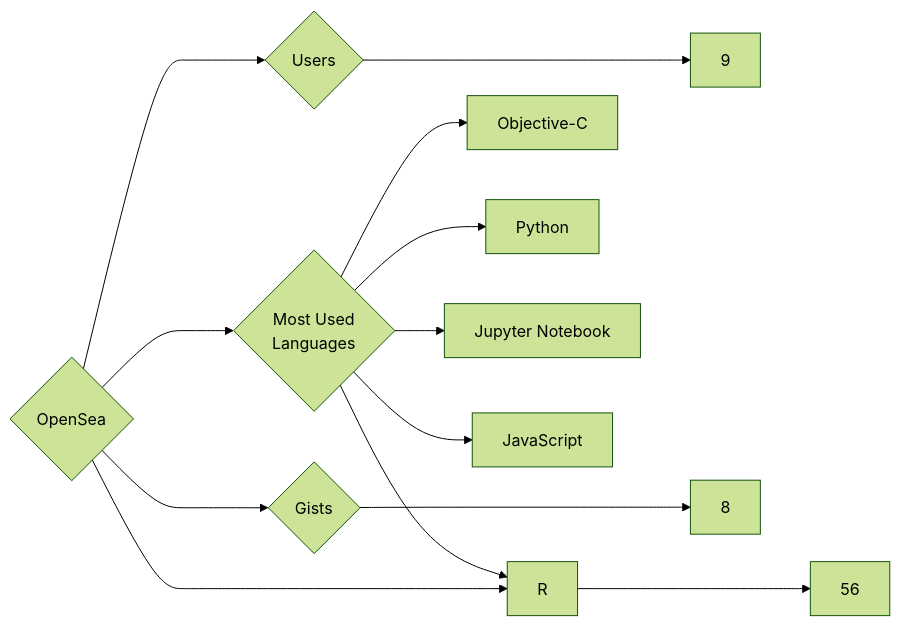
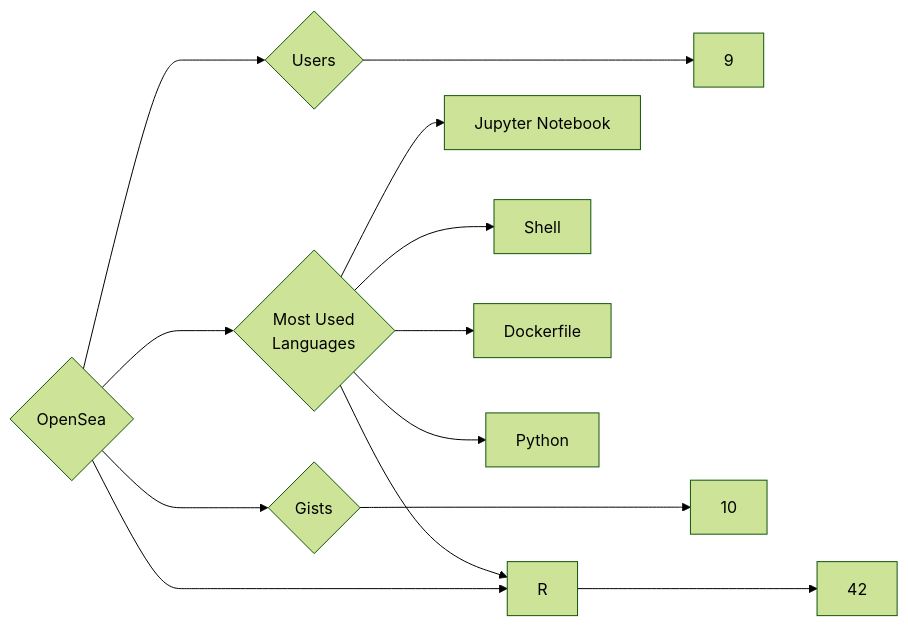
One commit to trickest/insiders changed the diagram in targets/OpenSea/README.md. Above: the diagram before and after it, drawn with Mermaid (forest theme). The commit also changed 1484 other files, not shown here.

````diff
--- a/targets/OpenSea/README.md
+++ b/targets/OpenSea/README.md
@@ -3,13 +3,13 @@
 ```mermaid
 graph LR
 COMPANY_NAME{OpenSea}
 COMPANY_NAME ---> U{Users} ---> UN[9]
-COMPANY_NAME ---> R{Repositories} ---> RN[56]
-COMPANY_NAME ---> G{Gists} ---> GN[8]
+COMPANY_NAME ---> R{Repositories} ---> RN[42]
+COMPANY_NAME ---> G{Gists} ---> GN[10]
 COMPANY_NAME ---> ML{Most Used<br>Languages}
-ML --> Objective-C[Objective-C]
+ML --> Jupyter_Notebook[Jupyter Notebook]
+ML --> Shell[Shell]
+ML --> Dockerfile[Dockerfile]
+ML --> R[R]
 ML --> Python[Python]
-ML --> Jupyter_Notebook[Jupyter Notebook]
-ML --> JavaScript[JavaScript]
-ML --> R[R]
 ```
````
